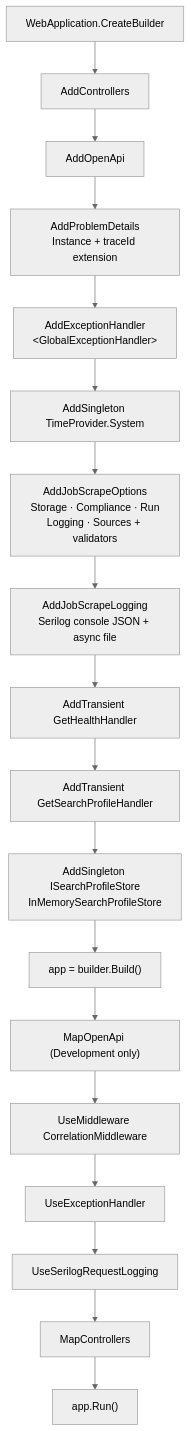
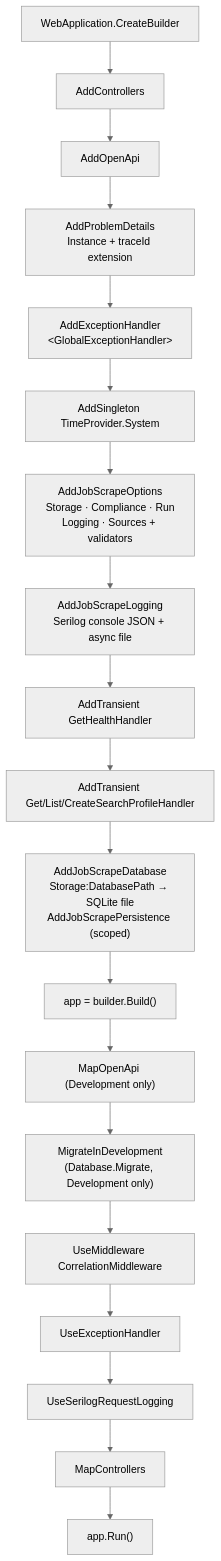
One commit to AslamNazeerShaikh/PlaywrightDotNet changed the fourth of 10 diagrams in docs/02-architecture.md. Above: the diagram before and after it, drawn with Mermaid (neutral theme). The commit also changed other lines of this file and 36 other files, not shown here.

First line of the commit message:
feat(profiles): create and list persisted search profiles in the cockpit

````diff
--- a/docs/02-architecture.md
+++ b/docs/02-architecture.md
@@ -173,20 +173,21 @@
 ```mermaid
 flowchart TB
     B["WebApplication.CreateBuilder"] --> CTRL["AddControllers"]
     CTRL --> OA["AddOpenApi"]
     OA --> PD["AddProblemDetails<br/>Instance + traceId extension"]
     PD --> EXH["AddExceptionHandler<br/>&lt;GlobalExceptionHandler&gt;"]
     EXH --> CLK["AddSingleton TimeProvider.System"]
     CLK --> OPT["AddJobScrapeOptions<br/>Storage · Compliance · Run<br/>Logging · Sources + validators"]
     OPT --> LOGG["AddJobScrapeLogging<br/>Serilog console JSON + async file"]
     LOGG --> H1["AddTransient GetHealthHandler"]
-    H1 --> H2["AddTransient GetSearchProfileHandler"]
-    H2 --> STORE["AddSingleton ISearchProfileStore<br/>InMemorySearchProfileStore"]
-    STORE --> BUILD["app = builder.Build()"]
+    H1 --> H2["AddTransient Get/List/CreateSearchProfileHandler"]
+    H2 --> DB["AddJobScrapeDatabase<br/>Storage:DatabasePath → SQLite file<br/>AddJobScrapePersistence (scoped)"]
+    DB --> BUILD["app = builder.Build()"]
     BUILD --> MAPOA["MapOpenApi (Development only)"]
-    MAPOA --> CORR["UseMiddleware CorrelationMiddleware"]
+    MAPOA --> MIG["MigrateInDevelopment<br/>(Database.Migrate, Development only)"]
+    MIG --> CORR["UseMiddleware CorrelationMiddleware"]
     CORR --> EXHMW["UseExceptionHandler"]
     EXHMW --> SERILOG["UseSerilogRequestLogging"]
     SERILOG --> MAPC["MapControllers"]
     MAPC --> RUN["app.Run()"]
 ```
````
